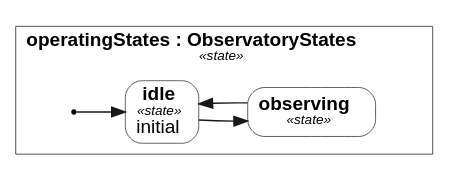
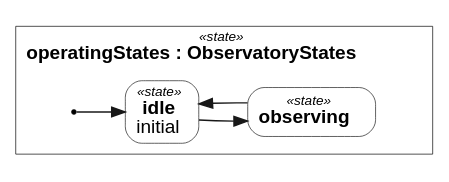
One commit to Open-MBEE/OpenSysML changed the second of 2 diagrams in internal/doc/docrender/testdata/telescope_report.dot.golden.md. Above: the diagram before and after it, drawn with Graphviz. The commit also changed other lines of this file and 80 other files, not shown here.

First line of the commit message:
fix(view): head every node with its kind above the name and centre Mermaid subgraph titles

````diff
--- a/internal/doc/docrender/testdata/telescope_report.dot.golden.md
+++ b/internal/doc/docrender/testdata/telescope_report.dot.golden.md
@@ -106,22 +106,22 @@
 ```dot
 // kind: state
 // stated: the diagram states kind "state"
 // layout: dot
 digraph {
   graph [fontname="Helvetica", rankdir=LR];
   node [shape=box, style=filled, fillcolor=white, color="#181818", fontname="Helvetica", fontsize=14, penwidth=0.5];
   edge [color="#181818", fontname="Helvetica", fontsize=13, penwidth=1];
   subgraph "cluster_n0" {
-    label=<<b>operatingStates : ObservatoryStates</b><br/><font point-size="10"><i>«state»</i></font>>;
+    label=<<font point-size="10"><i>«state»</i></font><br/><b>operatingStates : ObservatoryStates</b>>;
     color=black;
     penwidth=0.5;
     "n0" [shape=point, style=invis, width=0, height=0, label=""];
     "n3" [shape=point, fillcolor=black, label=""];
-    "n1" [style="rounded,filled", label=<<b>idle</b><br/><font point-size="10"><i>«state»</i></font><br/>initial>];
-    "n2" [style="rounded,filled", label=<<b>observing</b><br/><font point-size="10"><i>«state»</i></font>>];
+    "n1" [style="rounded,filled", label=<<font point-size="10"><i>«state»</i></font><br/><b>idle</b><br/>initial>];
+    "n2" [style="rounded,filled", label=<<font point-size="10"><i>«state»</i></font><br/><b>observing</b>>];
   }
   "n3" -> "n1";
   "n1" -> "n2";
   "n2" -> "n1";
 }
 ```
````
